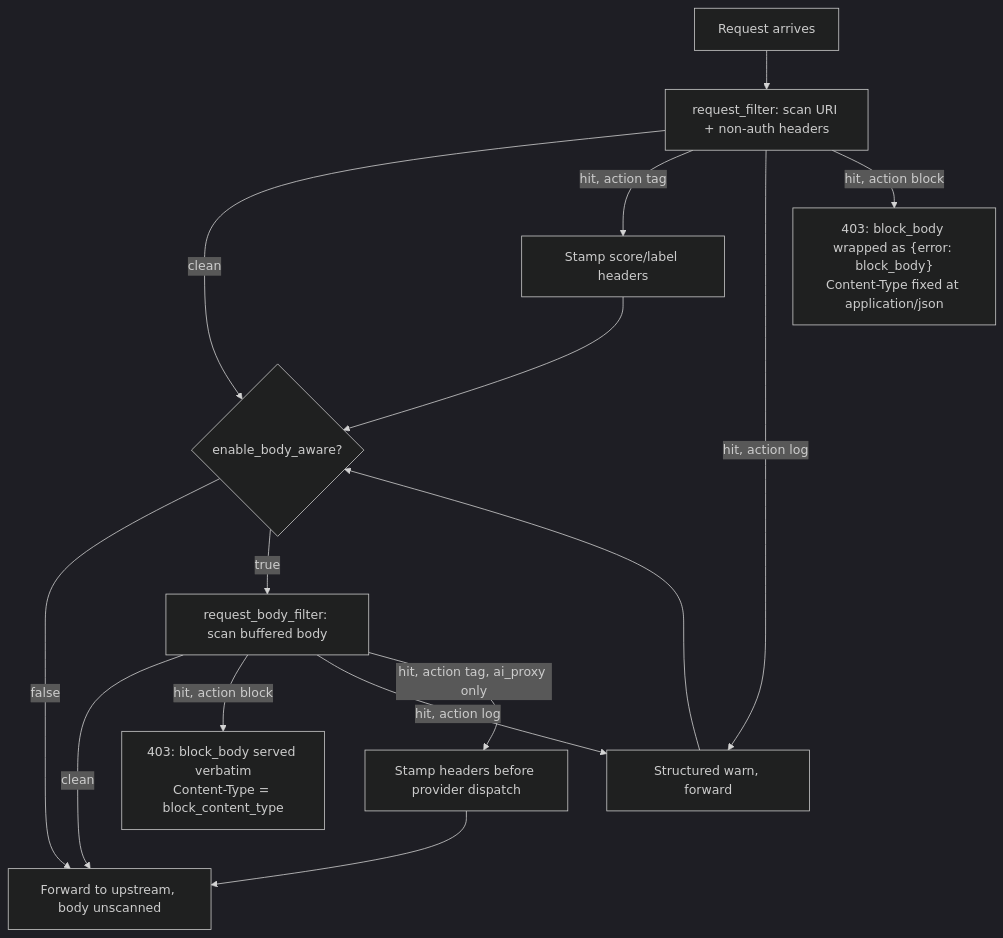
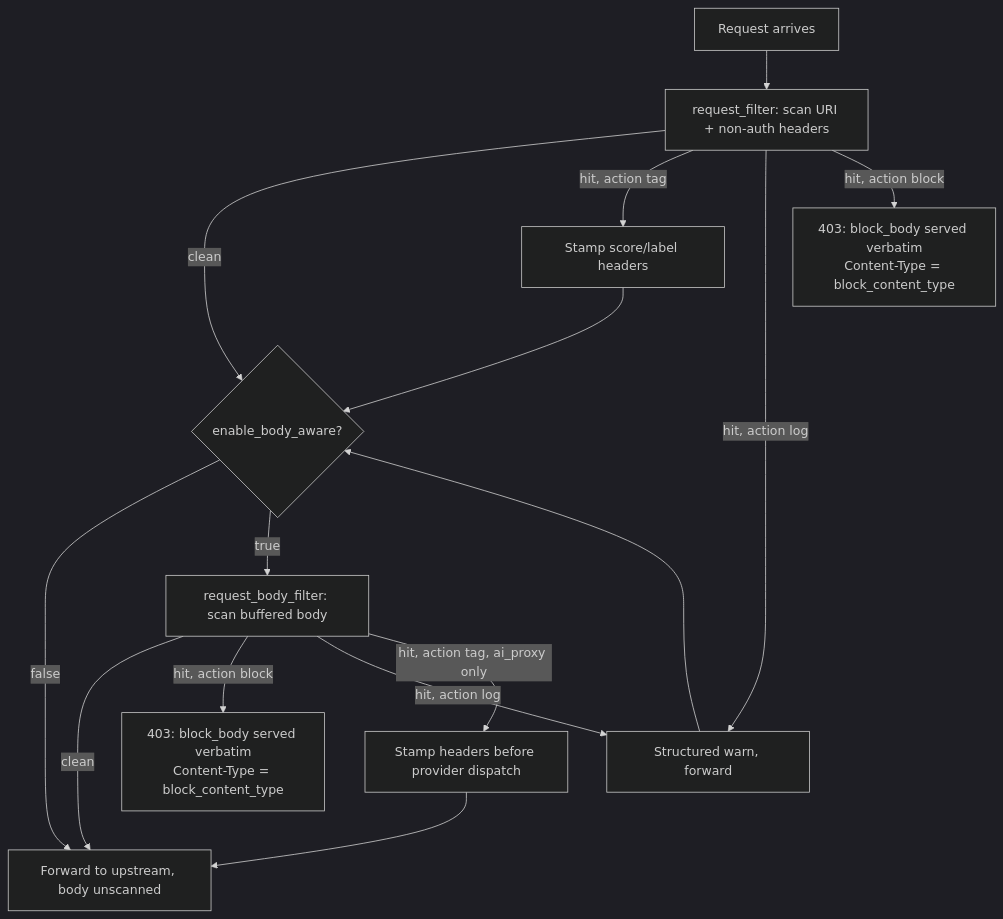
The diagram in docs/prompt-injection-v2.md (soapbucket/sbproxy), drawn with Mermaid (dark theme) before and after one commit. The commit also changed other lines of this file and 18 other files, not shown here.

First line of the commit message:
fix: a configured block body and a configured CSP stop being silently dropped

````diff
--- a/docs/prompt-injection-v2.md
+++ b/docs/prompt-injection-v2.md
@@ -502,17 +509,17 @@
 ```mermaid
 flowchart TD
     A[Request arrives] --> B["request_filter: scan URI + non-auth headers"]
     B -->|clean| C{enable_body_aware?}
     B -->|hit, action tag| D[Stamp score/label headers]
     D --> C
     B -->|hit, action log| E[Structured warn, forward]
     E --> C
-    B -->|hit, action block| F["403: block_body wrapped as {error: block_body}\nContent-Type fixed at application/json"]
+    B -->|hit, action block| F["403: block_body served verbatim\nContent-Type = block_content_type"]
     C -->|false| G[Forward to upstream, body unscanned]
     C -->|true| H["request_body_filter: scan buffered body"]
     H -->|clean| G
     H -->|hit, action block| I["403: block_body served verbatim\nContent-Type = block_content_type"]
     H -->|hit, action log| E
     H -->|hit, action tag, ai_proxy only| J[Stamp headers before provider dispatch]
     J --> G
 ```
````
